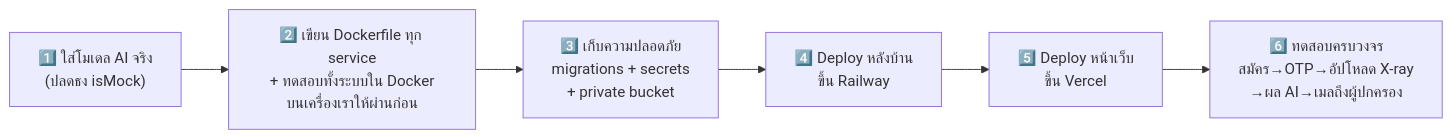
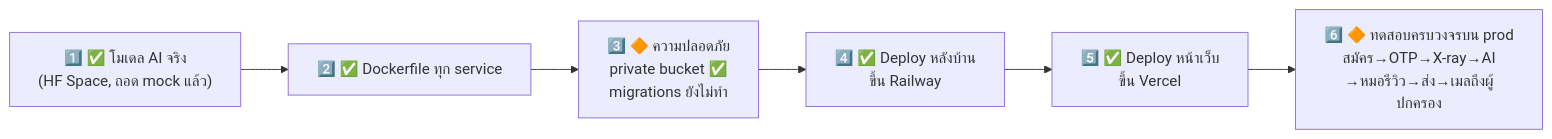
One commit to N3ptz/totan-nsc2026 changed diagram 13 of 13 in PROJECT_OVERVIEW.md. Above: the diagram before and after it, drawn with Mermaid. The commit also changed other lines of this file, not shown here.

First line of the commit message:
docs: update PROJECT_OVERVIEW — review flow, real AI (no mock), production live

````diff
--- a/PROJECT_OVERVIEW.md
+++ b/PROJECT_OVERVIEW.md
@@ -555,8 +559,8 @@
 ```mermaid
 graph LR
-  S1["1️⃣ ใส่โมเดล AI จริง<br/>(ปลดธง isMock)"] --> S2["2️⃣ เขียน Dockerfile ทุก service<br/>+ ทดสอบทั้งระบบใน Docker<br/>บนเครื่องเราให้ผ่านก่อน"]
-  S2 --> S3["3️⃣ เก็บความปลอดภัย<br/>migrations + secrets<br/>+ private bucket"]
-  S3 --> S4["4️⃣ Deploy หลังบ้าน<br/>ขึ้น Railway"]
-  S4 --> S5["5️⃣ Deploy หน้าเว็บ<br/>ขึ้น Vercel"]
-  S5 --> S6["6️⃣ ทดสอบครบวงจร<br/>สมัคร→OTP→อัปโหลด X-ray<br/>→ผล AI→เมลถึงผู้ปกครอง"]
+  S1["1️⃣ ✅ โมเดล AI จริง<br/>(HF Space, ถอด mock แล้ว)"] --> S2["2️⃣ ✅ Dockerfile ทุก service"]
+  S2 --> S3["3️⃣ 🔶 ความปลอดภัย<br/>private bucket ✅<br/>migrations ยังไม่ทำ"]
+  S3 --> S4["4️⃣ ✅ Deploy หลังบ้าน<br/>ขึ้น Railway"]
+  S4 --> S5["5️⃣ ✅ Deploy หน้าเว็บ<br/>ขึ้น Vercel"]
+  S5 --> S6["6️⃣ 🔶 ทดสอบครบวงจรบน prod<br/>สมัคร→OTP→X-ray→AI<br/>→หมอรีวิว→ส่ง→เมลถึงผู้ปกครอง"]
 ```
````
